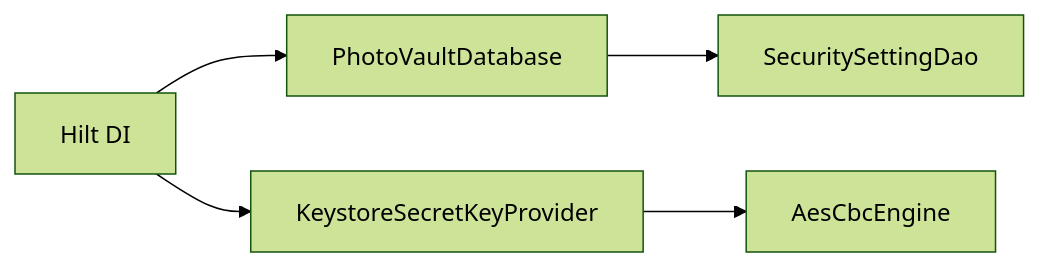
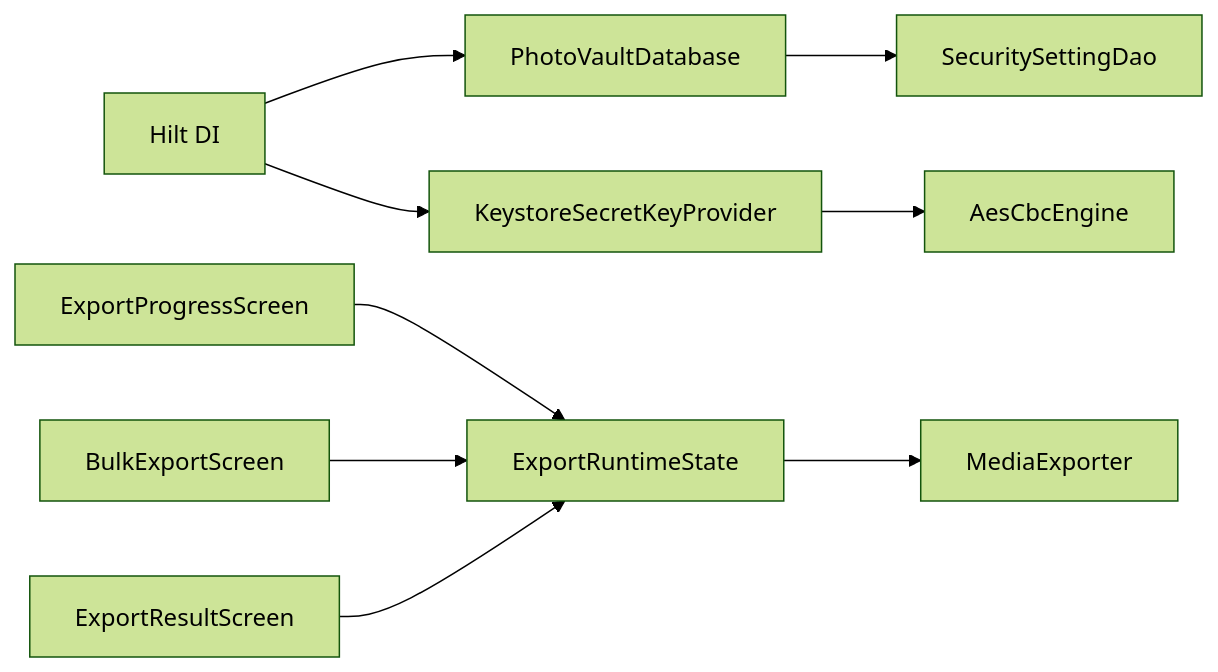
One commit to wanhongbo/ai-photo-vault changed the tenth of 10 diagrams in .qoder/repowiki/zh/content/性能优化/性能优化.md. Above: the diagram before and after it, drawn with Mermaid (forest theme). The commit also changed other lines of this file and 22 other files, not shown here.

````diff
--- a/.qoder/repowiki/zh/content/性能优化/性能优化.md
+++ b/.qoder/repowiki/zh/content/性能优化/性能优化.md
@@ -272,7 +381,11 @@
 ```mermaid
 graph LR
 Hilt["Hilt DI"] --> DB["PhotoVaultDatabase"]
 Hilt --> KSP["KeystoreSecretKeyProvider"]
 KSP --> AES["AesCbcEngine"]
 DB --> DAO["SecuritySettingDao"]
+EXRT["ExportRuntimeState"] --> MEDIA["MediaExporter"]
+EXPROG["ExportProgressScreen"] --> EXRT
+BULK["BulkExportScreen"] --> EXRT
+EXRES["ExportResultScreen"] --> EXRT
 ```
````
